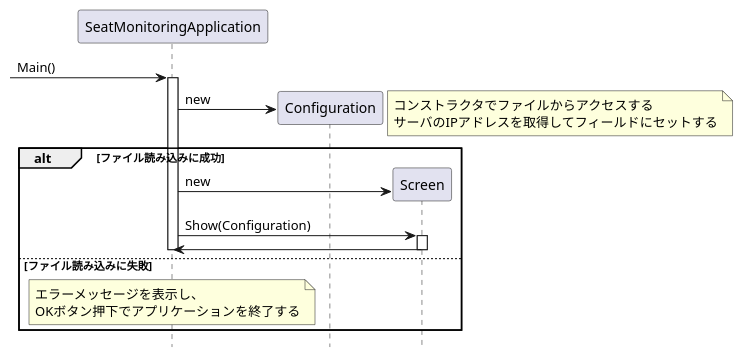
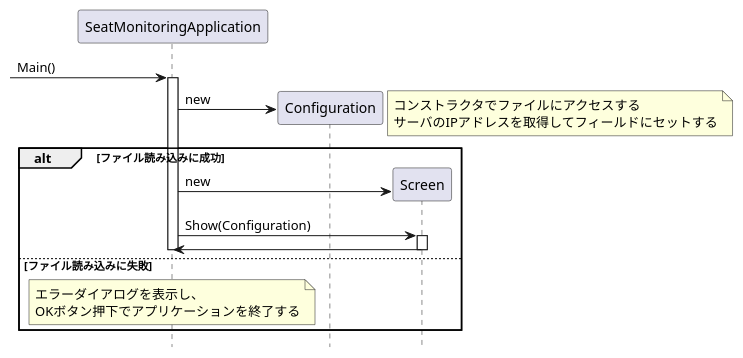
One commit to KeisukeSugita/Seat-monitoring-system changed the diagram in doc/詳細設計/構成図(.pu)/座席監視アプリ起動シーケンス図.pu. Above: the diagram before and after it, drawn with PlantUML.

Commit message:
表現を修正

```diff
--- a/doc/詳細設計/構成図(.pu)/座席監視アプリ起動シーケンス図.pu
+++ b/doc/詳細設計/構成図(.pu)/座席監視アプリ起動シーケンス図.pu
@@ -1,32 +1,32 @@
 @startuml 座席監視アプリ起動シーケンス図
 hide footbox
 
 participant "SeatMonitoringApplication" as SeatMonitoringApplication
 participant "Configuration" as Configuration
 participant "Screen" as Screen
 
 -> SeatMonitoringApplication :Main()
 activate SeatMonitoringApplication
 create Configuration
 SeatMonitoringApplication -> Configuration : new
 note right
-	コンストラクタでファイルからアクセスする
+	コンストラクタでファイルにアクセスする
 	サーバのIPアドレスを取得してフィールドにセットする
 end note
 
 alt ファイル読み込みに成功
 	create Screen
 	SeatMonitoringApplication -> Screen : new
 	SeatMonitoringApplication -> Screen : Show(Configuration)
 	activate Screen
 	SeatMonitoringApplication <- Screen
 	deactivate Screen
 else ファイル読み込みに失敗
 	note over SeatMonitoringApplication
-		エラーメッセージを表示し、
+		エラーダイアログを表示し、
 		OKボタン押下でアプリケーションを終了する
 	end note
 	deactivate SeatMonitoringApplication
 end
 
 @enduml
```
